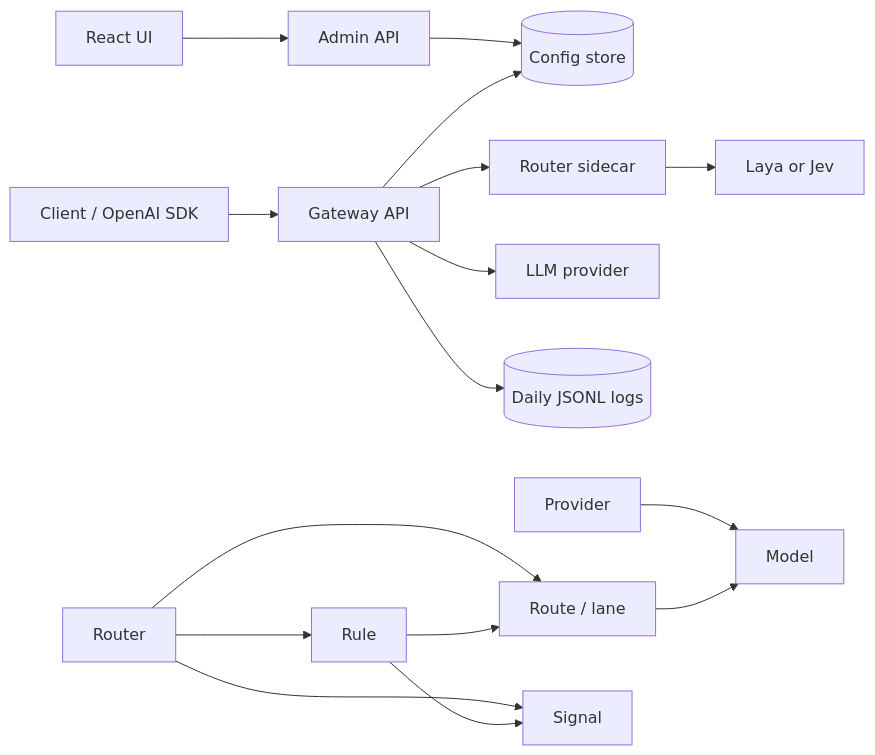
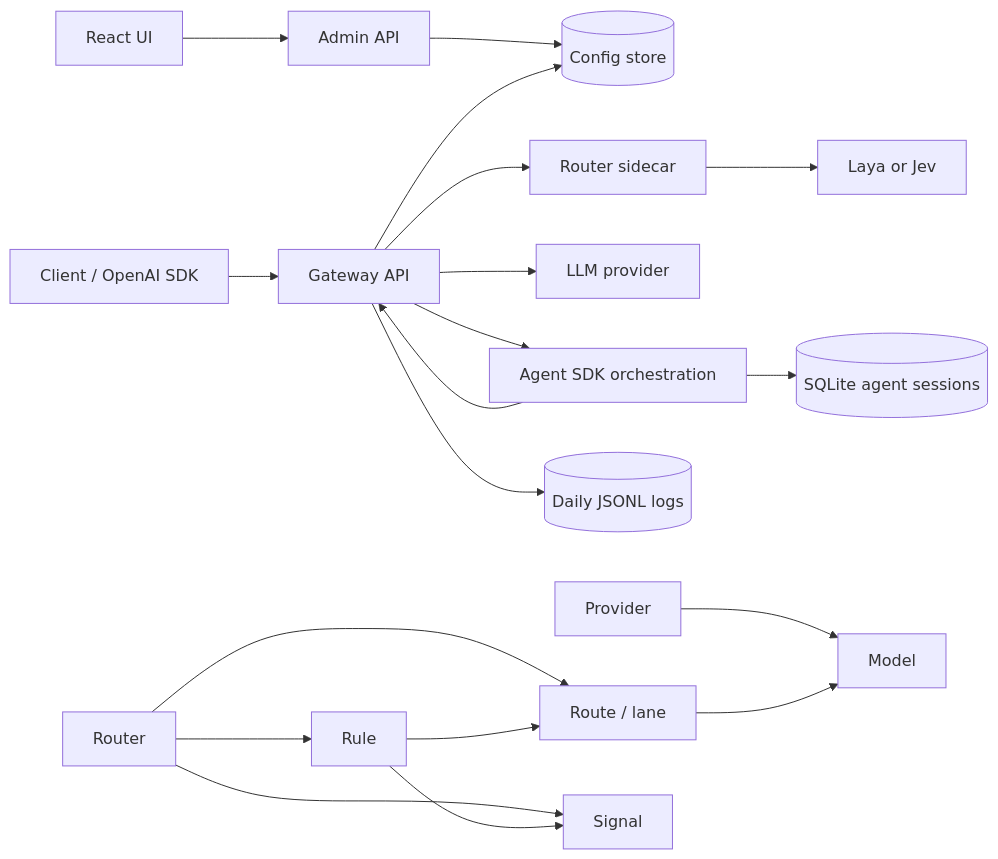
One commit to massoudsh/Routapse changed the diagram in docs/architecture.md. Above: the diagram before and after it, drawn with Mermaid. The commit also changed other lines of this file and 16 other files, not shown here.

Commit message:
Integrate Agent SDK workflows through Routapse models

````diff
--- a/docs/architecture.md
+++ b/docs/architecture.md
@@ -5,19 +5,22 @@
 ```mermaid
 flowchart LR
     Client[Client / OpenAI SDK] --> Gateway[Gateway API]
     UI[React UI] --> Admin[Admin API]
     Admin --> Store[(Config store)]
     Gateway --> Store
     Gateway --> Router[Router sidecar]
     Router --> Classifier[Laya or Jev]
     Gateway --> Provider[LLM provider]
+    Gateway --> AgentSDK[Agent SDK orchestration]
+    AgentSDK --> Gateway
+    AgentSDK --> Session[(SQLite agent sessions)]
     Gateway --> Log[(Daily JSONL logs)]
 
     ProviderConfig[Provider] --> Model[Model]
     RouterConfig[Router] --> Route[Route / lane]
     RouterConfig --> Signal[Signal]
     RouterConfig --> Rule[Rule]
     Route --> Model
     Rule --> Signal
     Rule --> Route
 ```
````
